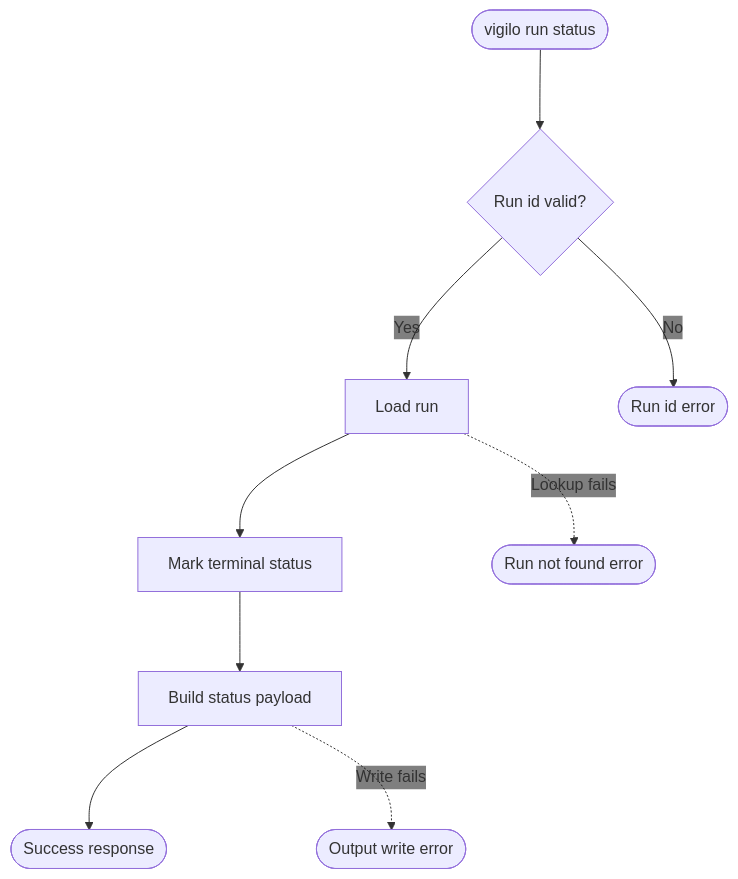
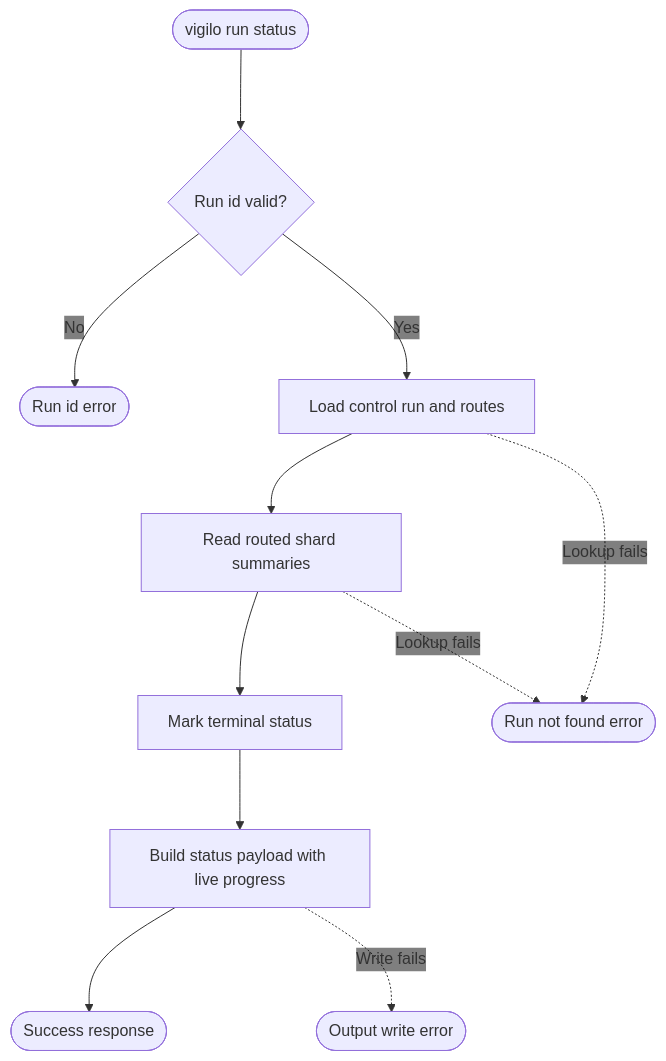
One commit to gregl83/agent-vigilo changed the diagram in web/docs/architecture/flows/run/status/decision-flow.mmd. Above: the diagram before and after it, drawn with Mermaid. The commit also changed 17 other files, not shown here.

Commit message:
fix run cancellation for shard routing

```diff
--- a/web/docs/architecture/flows/run/status/decision-flow.mmd
+++ b/web/docs/architecture/flows/run/status/decision-flow.mmd
@@ -1,38 +1,42 @@
 ---
 config:
   flowchart:
     nodeSpacing: 150
     rankSpacing: 80
   themeVariables:
     edgeLabelBackground: 'transparent'
 ---
 flowchart TD
     Start([vigilo run status])
 
     RunId{Run id valid?}
-    LoadRun[Load run]
+    LoadRun[Load control run and routes]
+    Summaries[Read routed shard summaries]
     Terminal[Mark terminal status]
-    Payload[Build status payload]
+    Payload[Build status payload with live progress]
 
     Success([Success response])
 
     RunIdFail([Run id error])
     NotFoundFail([Run not found error])
     OutputFail([Output write error])
 
     Start --> RunId
 
     RunId -- No --> RunIdFail
     RunId -- Yes --> LoadRun
 
-    LoadRun --> Terminal
+    LoadRun --> Summaries
     LoadRun -. Lookup fails .-> NotFoundFail
+
+    Summaries --> Terminal
+    Summaries -. Lookup fails .-> NotFoundFail
 
     Terminal --> Payload
     Payload --> Success
     Payload -. Write fails .-> OutputFail
 
     class Start command
     class Success success
-    class RunId,LoadRun,Terminal,Payload system
+    class RunId,LoadRun,Summaries,Terminal,Payload system
     class RunIdFail,NotFoundFail,OutputFail error
```
